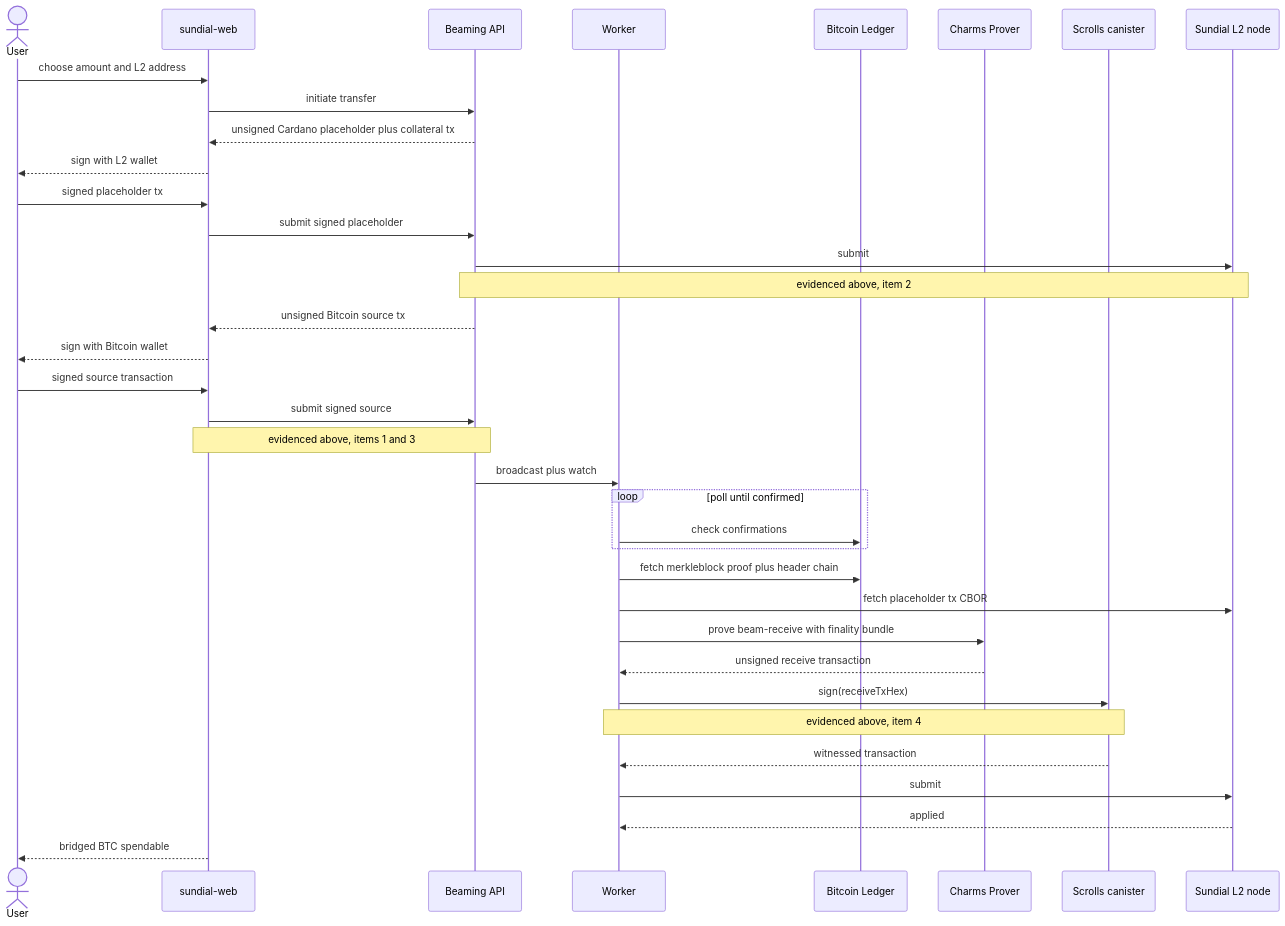
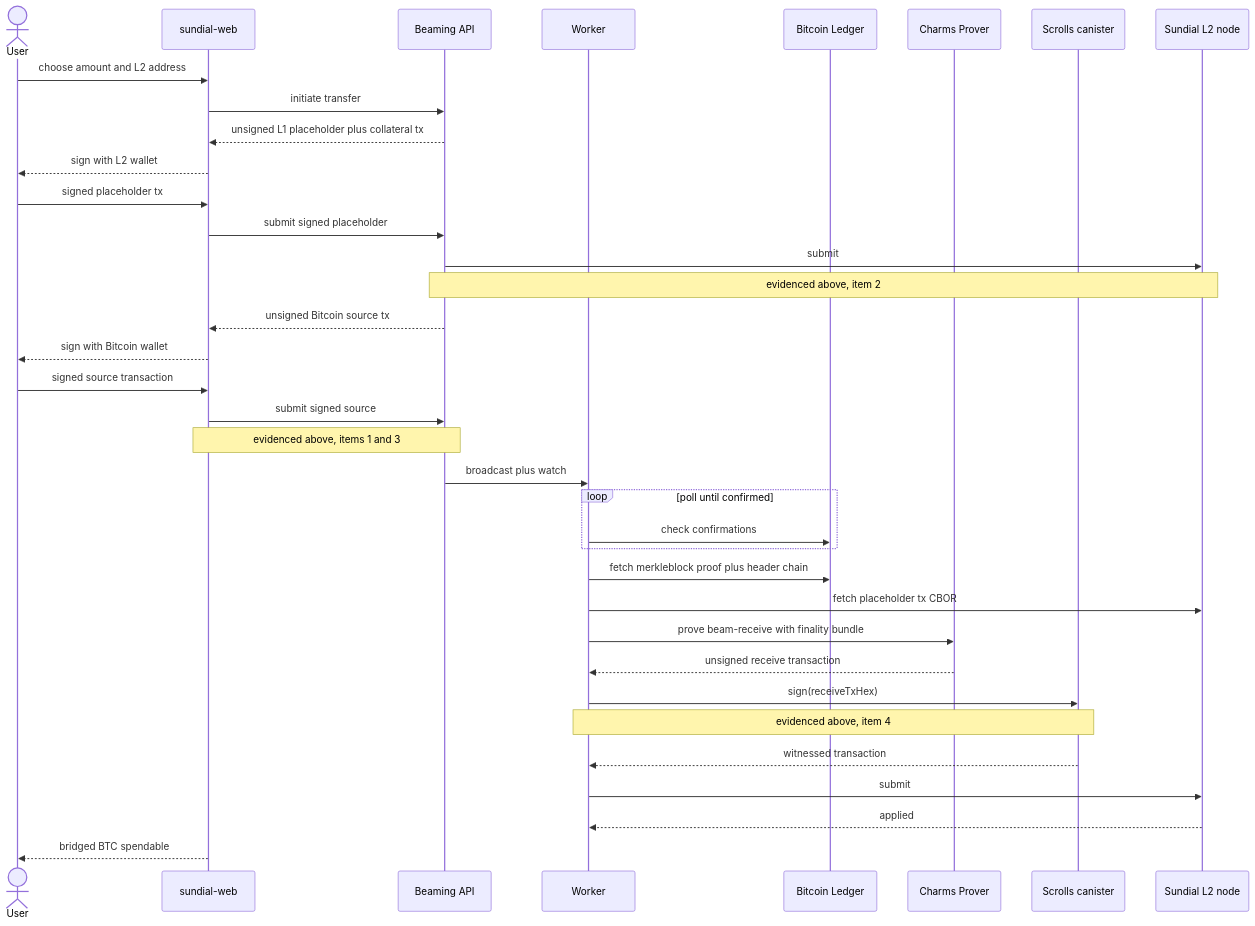
One commit to sundial-protocol/internal-docs changed the diagram in reports/M5.2-Transactions-Report.md. Above: the diagram before and after it, drawn with Mermaid. The commit also changed other lines of this file and 6 other files, not shown here.

````diff
--- a/reports/M5.2-Transactions-Report.md
+++ b/reports/M5.2-Transactions-Report.md
@@ -114,44 +116,44 @@
 ```mermaid
 sequenceDiagram
     actor U as User
     participant FE as sundial-web
     participant API as Beaming API
     participant W as Worker
     participant MP as Bitcoin Ledger
     participant CP as Charms Prover
     participant SC as Scrolls canister
     participant L2 as Sundial L2 node
 
     U->>FE: choose amount and L2 address
     FE->>API: initiate transfer
 
-    API-->>FE: unsigned Cardano placeholder plus collateral tx
+    API-->>FE: unsigned L1 placeholder plus collateral tx
     FE-->>U: sign with L2 wallet
     U->>FE: signed placeholder tx
     FE->>API: submit signed placeholder
     API->>L2: submit
     Note over API,L2: evidenced above, item 2
 
     API-->>FE: unsigned Bitcoin source tx
     FE-->>U: sign with Bitcoin wallet
     U->>FE: signed source transaction
     FE->>API: submit signed source
     Note over FE,API: evidenced above, items 1 and 3
 
     API->>W: broadcast plus watch
     loop poll until confirmed
     W->>MP: check confirmations
     end
     W->>MP: fetch merkleblock proof plus header chain
 
     W->>L2: fetch placeholder tx CBOR
     W->>CP: prove beam-receive with finality bundle
     CP-->>W: unsigned receive transaction
 
     W->>SC: sign(receiveTxHex)
     Note over W,SC: evidenced above, item 4
     SC-->>W: witnessed transaction
     W->>L2: submit
     L2-->>W: applied
     FE-->>U: bridged BTC spendable
 ```
````
